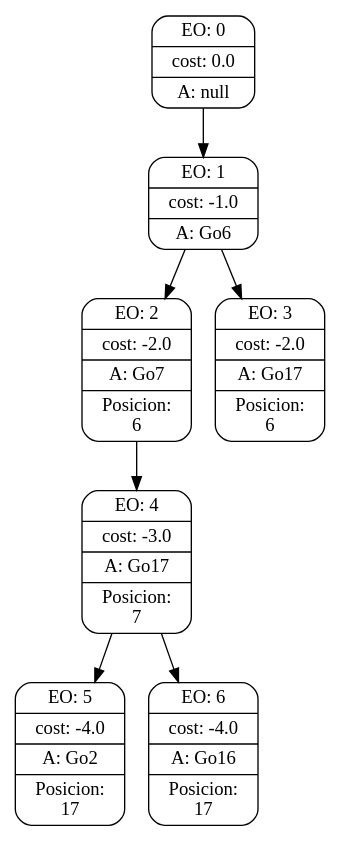
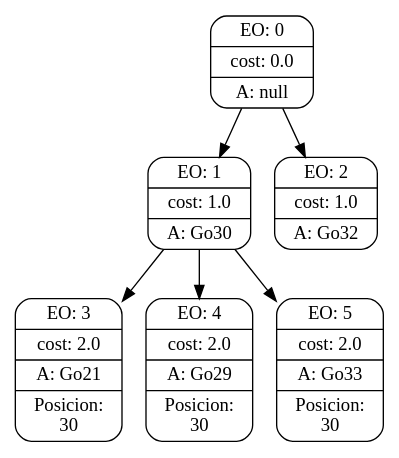
Before and after one commit to lniklison/TP-Inteligencia-artificial: the diagram in searchGVTrees/10.dot, drawn with Graphviz. The commit also changed 26 other files, not shown here.

```diff
--- a/searchGVTrees/10.dot
+++ b/searchGVTrees/10.dot
@@ -1,24 +1,21 @@
 digraph g {
 node [shape = Mrecord];
 nodo0[label="{EO: 0|cost: 0.0|A: null}"]
-nodo1[label="{EO: 1|cost: -1.0|A: Go6}"]
-nodo2[label="{EO: 2|cost: -2.0|A: Go7|Posicion:\n6}"]
-nodo4[label="{EO: 4|cost: -3.0|A: Go17|Posicion:\n7}"]
-nodo5[label="{EO: 5|cost: -4.0|A: Go2|Posicion:\n17}"]
-
-nodo4 -> nodo5;
-nodo6[label="{EO: 6|cost: -4.0|A: Go16|Posicion:\n17}"]
-
-nodo4 -> nodo6;
-
-nodo2 -> nodo4;
-
-nodo1 -> nodo2;
-nodo3[label="{EO: 3|cost: -2.0|A: Go17|Posicion:\n6}"]
+nodo1[label="{EO: 1|cost: 1.0|A: Go30}"]
+nodo3[label="{EO: 3|cost: 2.0|A: Go21|Posicion:\n30}"]
 
 nodo1 -> nodo3;
+nodo4[label="{EO: 4|cost: 2.0|A: Go29|Posicion:\n30}"]
+
+nodo1 -> nodo4;
+nodo5[label="{EO: 5|cost: 2.0|A: Go33|Posicion:\n30}"]
+
+nodo1 -> nodo5;
 
 nodo0 -> nodo1;
+nodo2[label="{EO: 2|cost: 1.0|A: Go32}"]
+
+nodo0 -> nodo2;
 
 
 }
```
